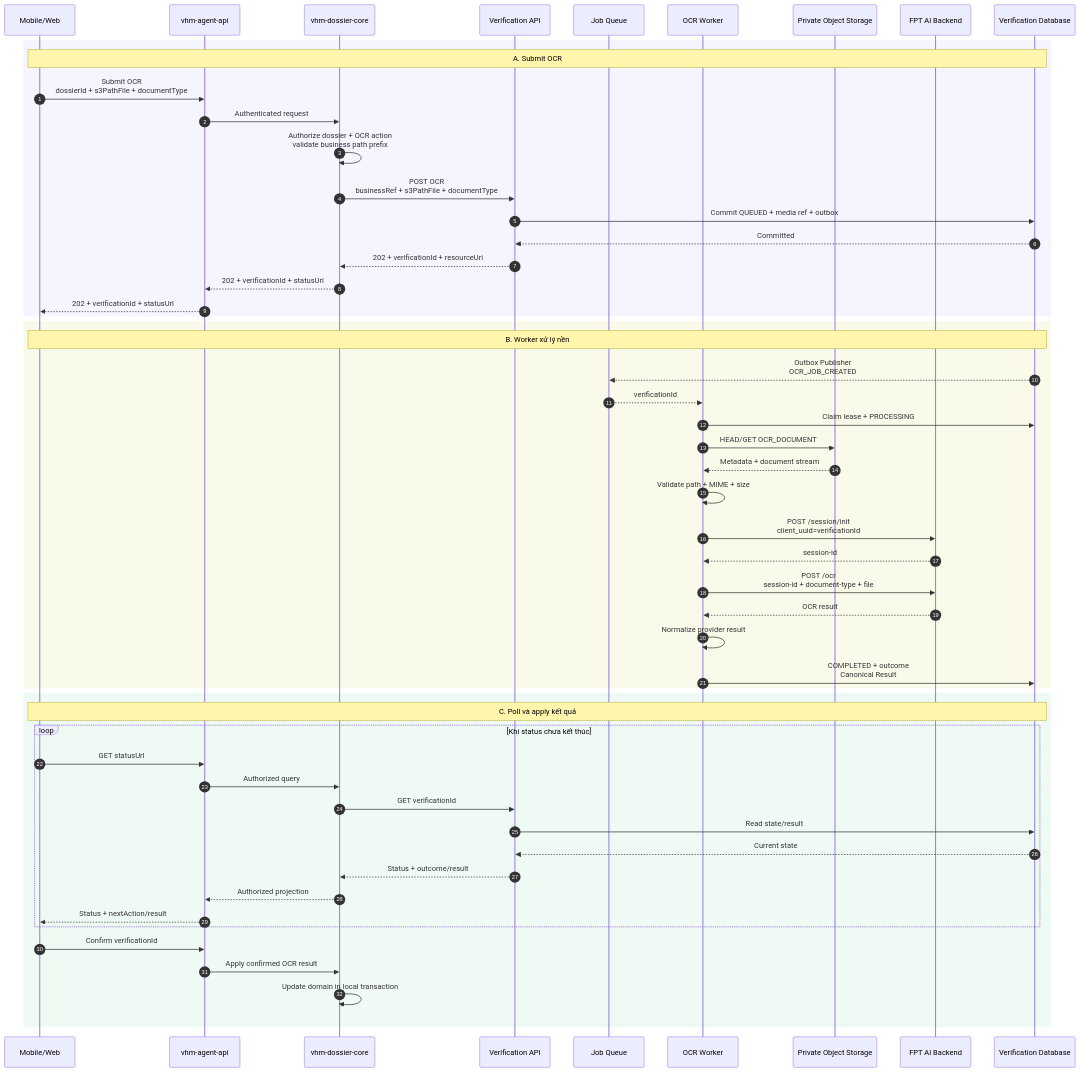
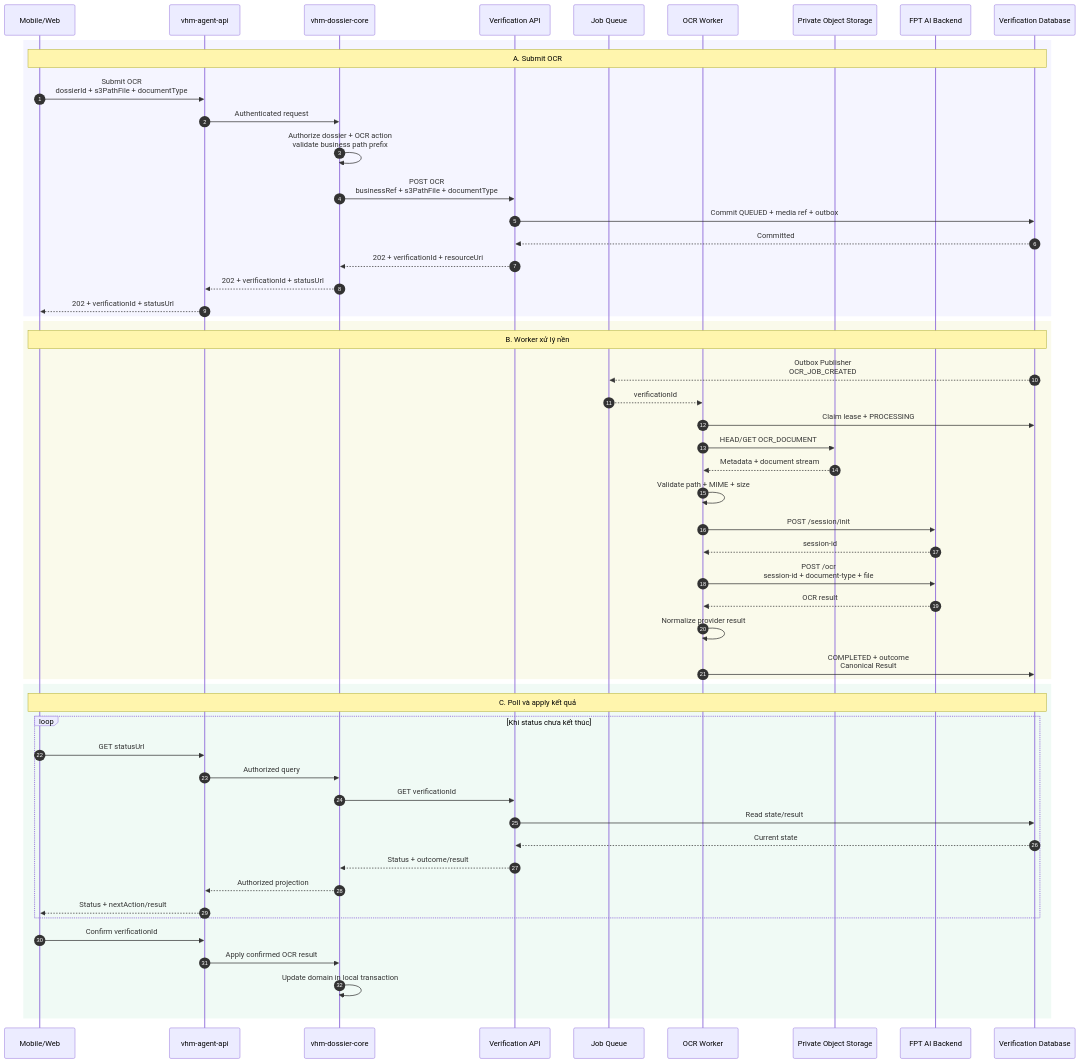
Before and after one commit to huynv-xyz/vhm: the fourth of 7 diagrams in noxh-ekyc.md, drawn with Mermaid. The commit also changed other lines of this file, not shown here.

````diff
--- a/noxh-ekyc.md
+++ b/noxh-ekyc.md
@@ -231,60 +231,60 @@
 ```mermaid
 sequenceDiagram
     autonumber
     participant CLIENT as Mobile/Web
     participant BFF as vhm-agent-api
     participant DOMAIN as vhm-dossier-core
     participant API as Verification API
     participant QUEUE as Job Queue
     participant WORKER as OCR Worker
     participant STORAGE as Private Object Storage
     participant FPT as FPT AI Backend
     participant DB as Verification Database
 
     rect rgb(245, 245, 255)
     Note over CLIENT,DB: A. Submit OCR
     CLIENT->>BFF: Submit OCR<br/>dossierId + s3PathFile + documentType
     BFF->>DOMAIN: Authenticated request
     DOMAIN->>DOMAIN: Authorize dossier + OCR action<br/>validate business path prefix
     DOMAIN->>API: POST OCR<br/>businessRef + s3PathFile + documentType
     API->>DB: Commit QUEUED + media ref + outbox
     DB-->>API: Committed
     API-->>DOMAIN: 202 + verificationId + resourceUri
     DOMAIN-->>BFF: 202 + verificationId + statusUrl
     BFF-->>CLIENT: 202 + verificationId + statusUrl
     end
 
     rect rgb(250, 250, 235)
     Note over CLIENT,DB: B. Worker xử lý nền
     DB-->>QUEUE: Outbox Publisher<br/>OCR_JOB_CREATED
     QUEUE-->>WORKER: verificationId
     WORKER->>DB: Claim lease + PROCESSING
     WORKER->>STORAGE: HEAD/GET OCR_DOCUMENT
     STORAGE-->>WORKER: Metadata + document stream
     WORKER->>WORKER: Validate path + MIME + size
-    WORKER->>FPT: POST /session/init<br/>client_uuid=verificationId
+    WORKER->>FPT: POST /session/init
     FPT-->>WORKER: session-id
     WORKER->>FPT: POST /ocr<br/>session-id + document-type + file
     FPT-->>WORKER: OCR result
     WORKER->>WORKER: Normalize provider result
     WORKER->>DB: COMPLETED + outcome<br/>Canonical Result
     end
 
     rect rgb(240, 250, 245)
     Note over CLIENT,DB: C. Poll và apply kết quả
     loop Khi status chưa kết thúc
         CLIENT->>BFF: GET statusUrl
         BFF->>DOMAIN: Authorized query
         DOMAIN->>API: GET verificationId
         API->>DB: Read state/result
         DB-->>API: Current state
         API-->>DOMAIN: Status + outcome/result
         DOMAIN-->>BFF: Authorized projection
         BFF-->>CLIENT: Status + nextAction/result
     end
 
     CLIENT->>BFF: Confirm verificationId
     BFF->>DOMAIN: Apply confirmed OCR result
     DOMAIN->>DOMAIN: Update domain in local transaction
     end
 ```
````
